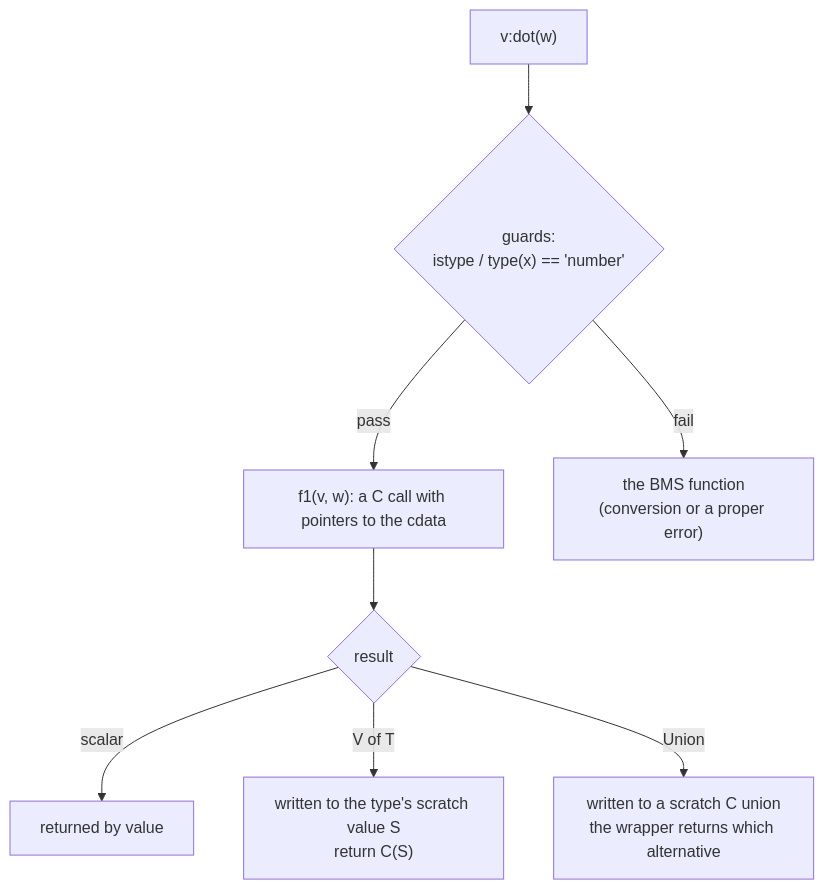
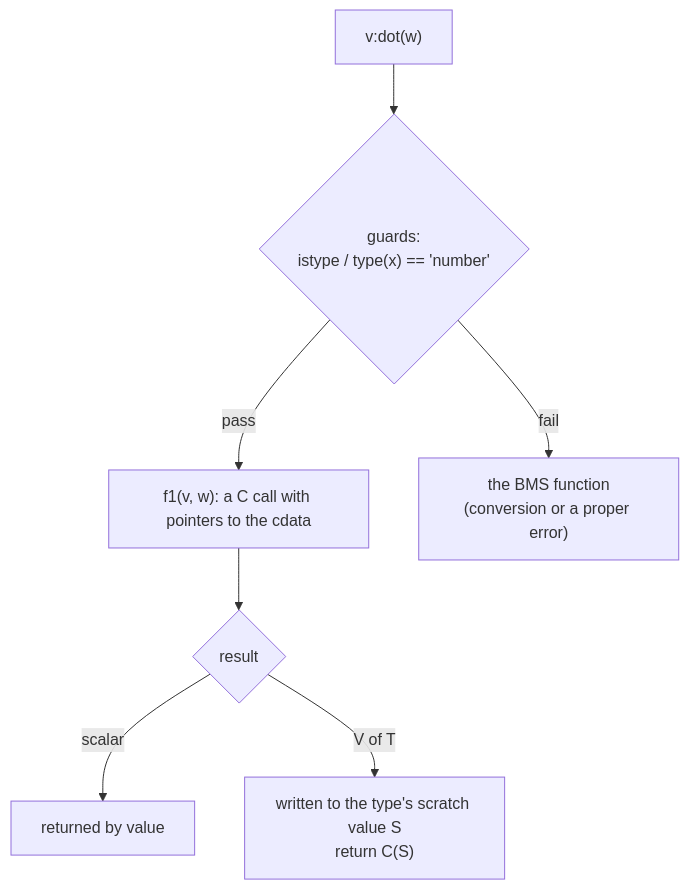
Before and after one commit to makspll/bevy_mod_scripting: the third of 5 diagrams in docs/src/Development/LanguageInternals/luajit.md, drawn with Mermaid. The commit also changed other lines of this file and 18 other files, not shown here.

````diff
--- a/docs/src/Development/LanguageInternals/luajit.md
+++ b/docs/src/Development/LanguageInternals/luajit.md
@@ -88,10 +130,9 @@
 ```mermaid
 flowchart TD
     C["v:dot(w)"] --> G{"guards:<br/>istype / type(x) == 'number'"}
     G -- "pass" --> FFI["f1(v, w): a C call with pointers to the cdata"]
     G -- "fail" --> SLOW["the BMS function<br/>(conversion or a proper error)"]
     FFI --> RES{"result"}
     RES -- "scalar" --> R1["returned by value"]
     RES -- "V of T" --> R2["written to the type's scratch value S<br/>return C(S)"]
-    RES -- "Union" --> R3["written to a scratch C union<br/>the wrapper returns which alternative"]
 ```
````
